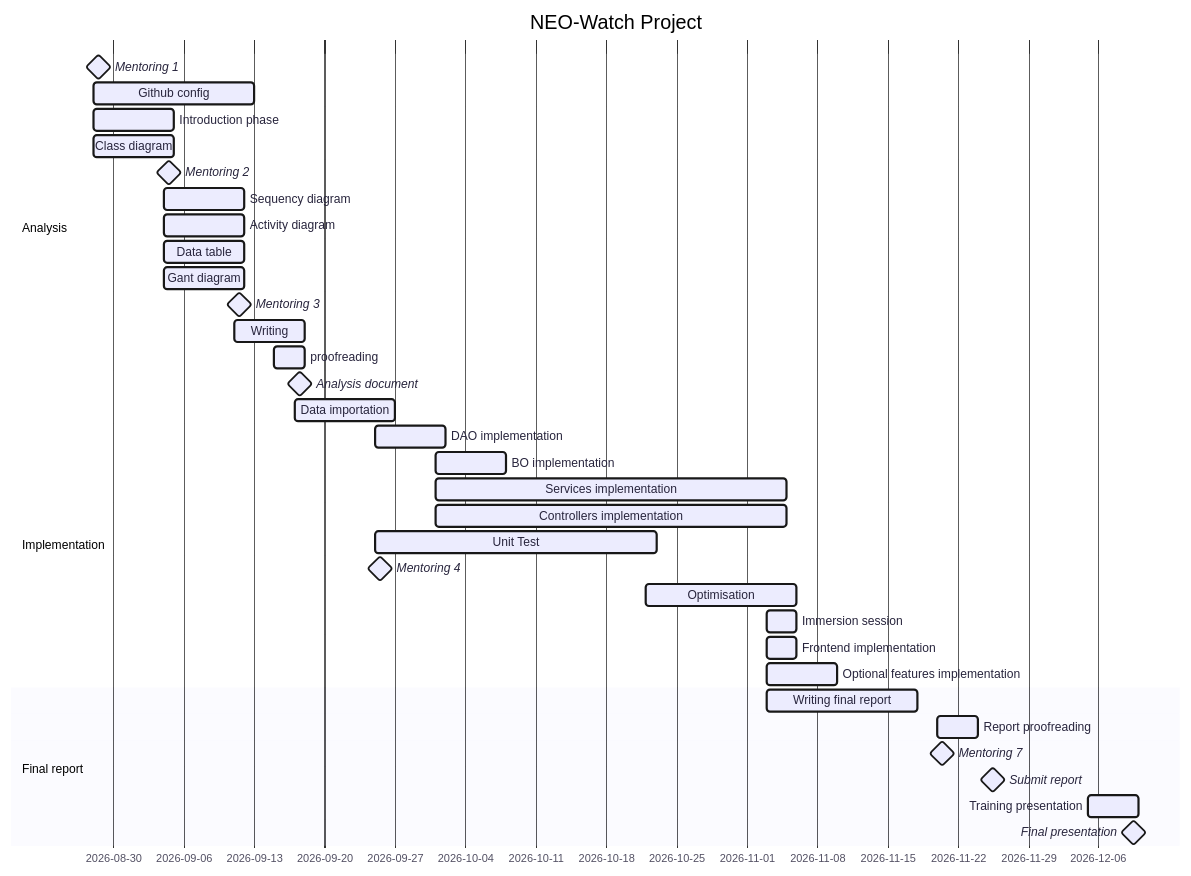
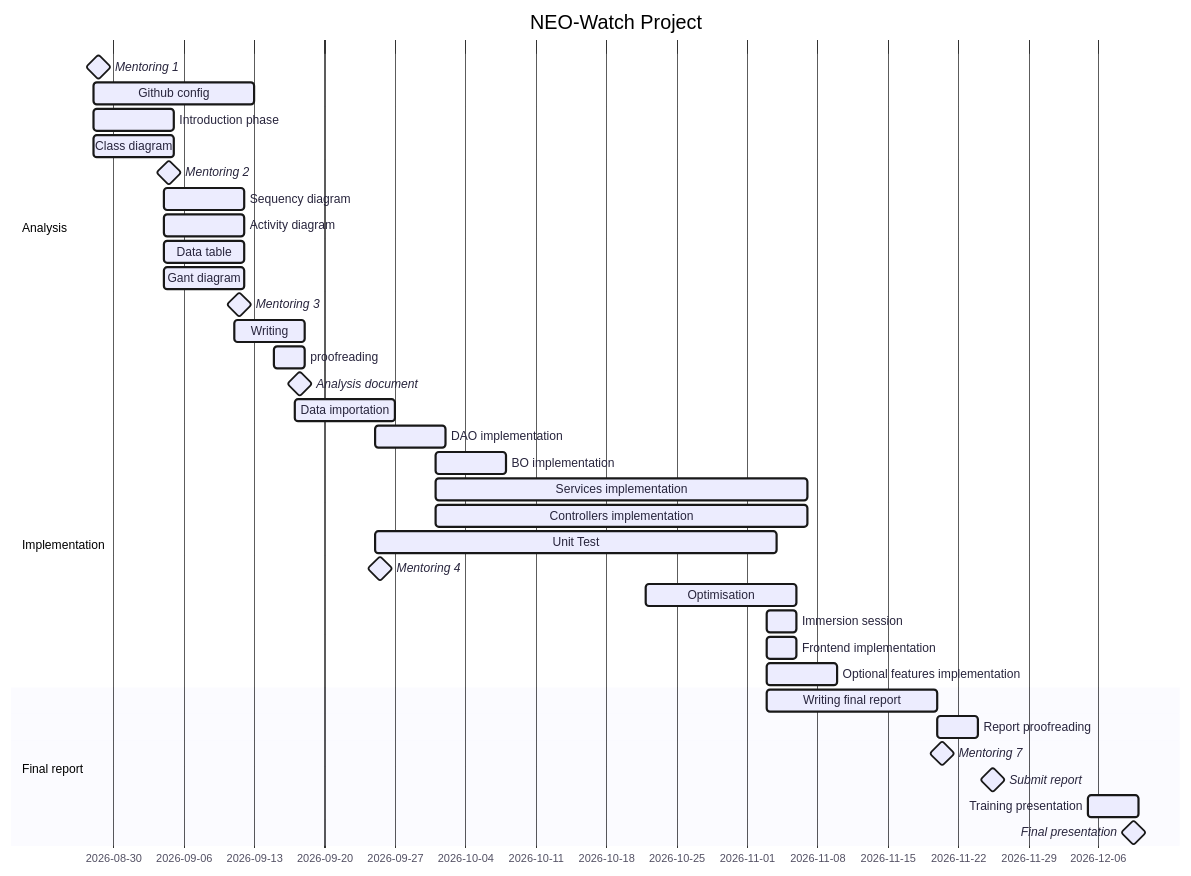
The diagram in doc/diagram/gantt_diagramal_vfinal.md (Yazaaaaaa/ensai-it-project-2a-team2), drawn with Mermaid before and after one commit.

Commit message:
Adjust task durations in Gantt diagram
Updated durations for services, controllers, unit tests, and final report.

````diff
--- a/doc/diagram/gantt_diagramal_vfinal.md
+++ b/doc/diagram/gantt_diagramal_vfinal.md
@@ -1,42 +1,42 @@
 ```mermaid
 ---
 config:
   theme: redux
 ---
 gantt
     title NEO-Watch Project
     dateFormat YYYY-MM-DD
     section Analysis
         Mentoring 1        :milestone, 2026-08-28, 1d
         Github config      :2026-08-28, 16d
         Introduction phase :2026-08-28, 8d
         Class diagram      :2026-08-28, 8d
         Mentoring 2        :milestone, 2026-09-04, 1d
         Sequency diagram   :2026-09-04, 8d
         Activity diagram   :2026-09-04, 8d
         Data table         :2026-09-04, 8d
         Gant diagram       :2026-09-04, 8d
         Mentoring 3        :milestone, 2026-09-11, 1d
         Writing            :2026-09-11, 7d
         proofreading       :2026-09-15, 3d
         Analysis document  :milestone, 2026-09-17, 1d
     section Implementation
         Data importation   :2026-09-17, 10d
         DAO implementation :2026-09-25, 7d
         BO implementation  :2026-10-01, 7d
-        Services implementation: 2026-10-01, 35d
-        Controllers implementation: 2026-10-01, 35d
-        Unit Test          :2026-09-25, 28d
+        Services implementation: 2026-10-01, 37d
+        Controllers implementation: 2026-10-01, 37d
+        Unit Test          :2026-09-25, 40d
         Mentoring 4        :milestone, 2026-09-25, 1d
         Optimisation       :2026-10-22, 15d
         Immersion session  :2026-11-03, 3d
         Frontend implementation : 2026-11-03, 3d
         Optional features implementation : 2026-11-03, 7d
     section Final report
-        Writing final report :2026-11-03, 15d
+        Writing final report :2026-11-03, 17d
         Report proofreading  :2026-11-20, 4d
         Mentoring 7        :milestone, 2026-11-20, 1d
         Submit report   :milestone, 2026-11-25, 1d
         Training presentation :2026-12-05, 5d
         Final presentation :milestone, 2026-12-09, 1d
 ```
````
